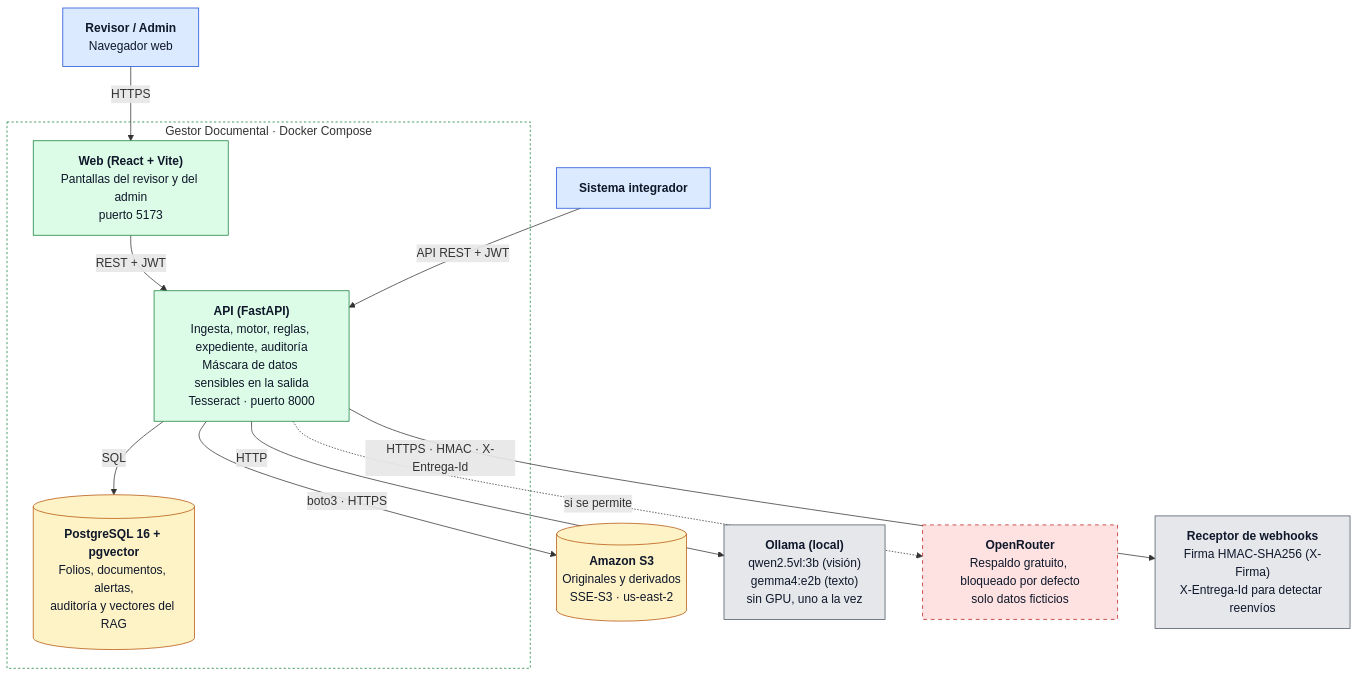
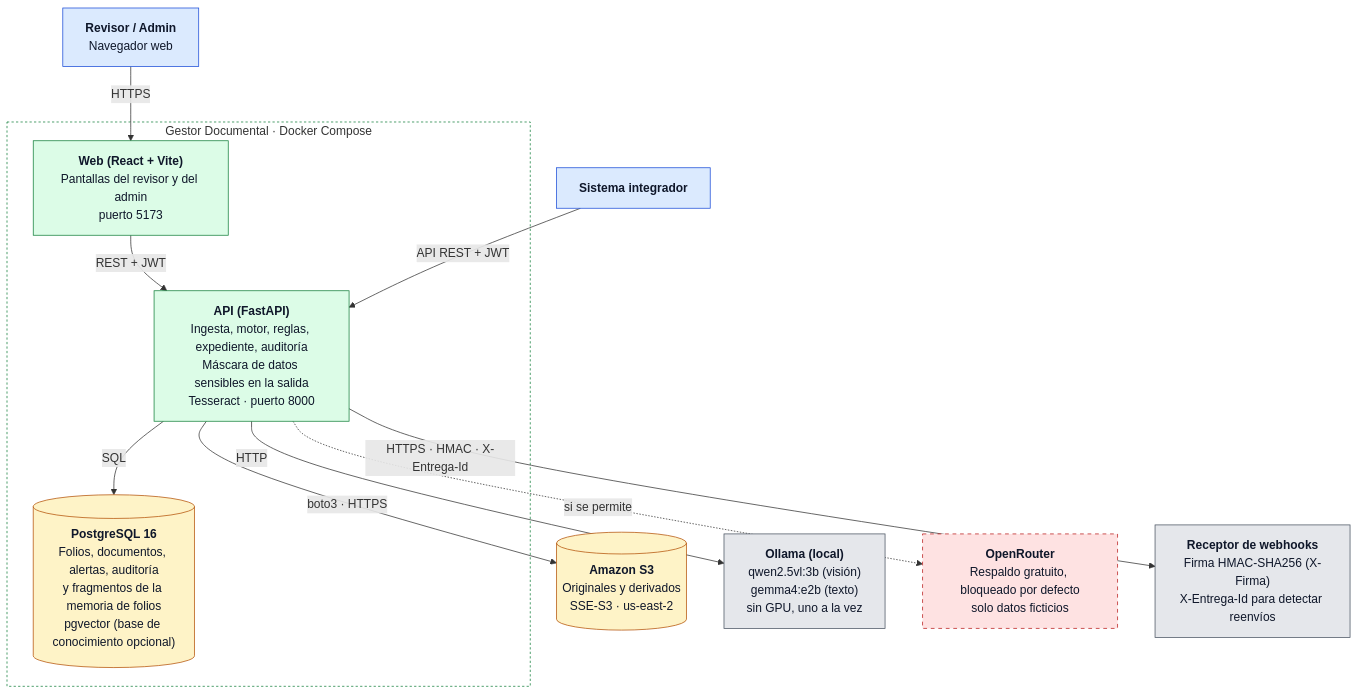
One commit to SantiagoEspinosa-ai/Gestor_Documental changed the second of 5 diagrams in docs/arquitectura_solucion.md. Above: the diagram before and after it, drawn with Mermaid. The commit also changed other lines of this file, not shown here.

First line of the commit message:
docs(arquitectura): revision de PERSONA_2 (memoria de folios sin vectores, limite de reintentos)

````diff
--- a/docs/arquitectura_solucion.md
+++ b/docs/arquitectura_solucion.md
@@ -88,37 +89,37 @@
 ```mermaid
 flowchart TB
     usuario["<b>Revisor / Admin</b><br/>Navegador web"]
     integrador["<b>Sistema integrador</b>"]
 
     subgraph compose["Gestor Documental · Docker Compose"]
         web["<b>Web (React + Vite)</b><br/>Pantallas del revisor y del admin<br/>puerto 5173"]
         api["<b>API (FastAPI)</b><br/>Ingesta, motor, reglas, expediente, auditoría<br/>Máscara de datos sensibles en la salida<br/>Tesseract · puerto 8000"]
-        db[("<b>PostgreSQL 16 + pgvector</b><br/>Folios, documentos, alertas,<br/>auditoría y vectores del RAG")]
+        db[("<b>PostgreSQL 16</b><br/>Folios, documentos, alertas, auditoría<br/>y fragmentos de la memoria de folios<br/>pgvector (base de conocimiento opcional)")]
     end
 
     s3[("<b>Amazon S3</b><br/>Originales y derivados<br/>SSE-S3 · us-east-2")]
     ollama["<b>Ollama (local)</b><br/>qwen2.5vl:3b (visión)<br/>gemma4:e2b (texto)<br/>sin GPU, uno a la vez"]
     openrouter["<b>OpenRouter</b><br/>Respaldo gratuito, bloqueado por defecto<br/>solo datos ficticios"]
     webhooks["<b>Receptor de webhooks</b><br/>Firma HMAC-SHA256 (X-Firma)<br/>X-Entrega-Id para detectar reenvíos"]
 
     usuario -- "HTTPS" --> web
     web -- "REST + JWT" --> api
     integrador -- "API REST + JWT" --> api
     api -- "SQL" --> db
     api -- "boto3 · HTTPS" --> s3
     api -- "HTTP" --> ollama
     api -. "si se permite" .-> openrouter
     api -- "HTTPS · HMAC · X-Entrega-Id" --> webhooks
 
     classDef persona fill:#dbeafe,stroke:#1d4ed8,color:#0f172a
     classDef sistema fill:#dcfce7,stroke:#15803d,color:#0f172a
     classDef bd fill:#fef3c7,stroke:#b45309,color:#0f172a
     classDef externo fill:#e5e7eb,stroke:#4b5563,color:#0f172a
     classDef bloqueado fill:#fee2e2,stroke:#b91c1c,color:#0f172a,stroke-dasharray:5 5
     class usuario,integrador persona
     class web,api sistema
     class db,s3 bd
     class ollama,webhooks externo
     class openrouter bloqueado
     style compose fill:none,stroke:#15803d,stroke-dasharray:3 3
 ```
````
